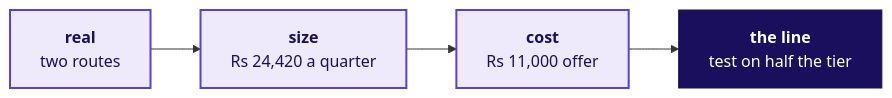
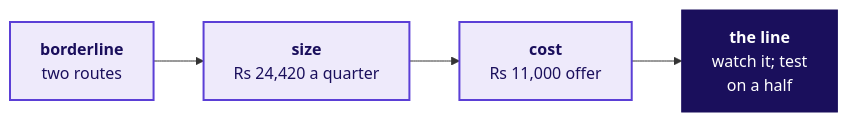
Before and after one commit to fde-academy-lab/c2-content-factory: diagram 18 of 32 in content/W01/D4/slides/C2_W01_D04_half1_STUDENT.md, drawn with Mermaid. The commit also changed other lines of this file and 4 other files, not shown here.

````diff
--- a/content/W01/D4/slides/C2_W01_D04_half1_STUDENT.md
+++ b/content/W01/D4/slides/C2_W01_D04_half1_STUDENT.md
@@ -708,12 +732,12 @@
 ```mermaid
 flowchart LR
-    K0["<b>real</b><br/>two routes"]
+    K0["<b>borderline</b><br/>two routes"]
     K1["<b>size</b><br/>Rs 24,420 a quarter"]
     K2["<b>cost</b><br/>Rs 11,000 offer"]
-    K3["<b>the line</b><br/>test on half the tier"]
+    K3["<b>the line</b><br/>watch it; test<br/>on a half"]
     K0 --> K1 --> K2 --> K3
     classDef known fill:#EEEAFB,stroke:#5B3FD6,color:#1A0F5C,stroke-width:2px
     classDef bet fill:#1A0F5C,stroke:#1A0F5C,color:#FFFFFF
     class K0,K1,K2 known
     class K3 bet
 ```
````
